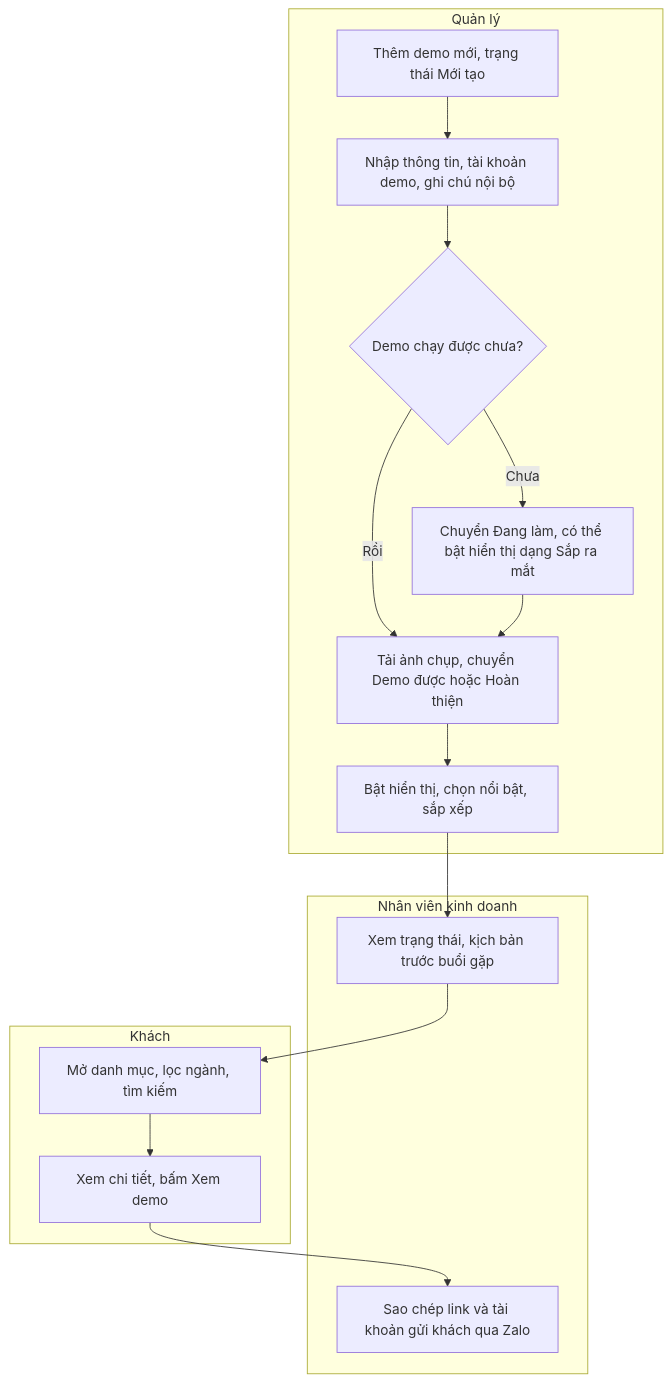
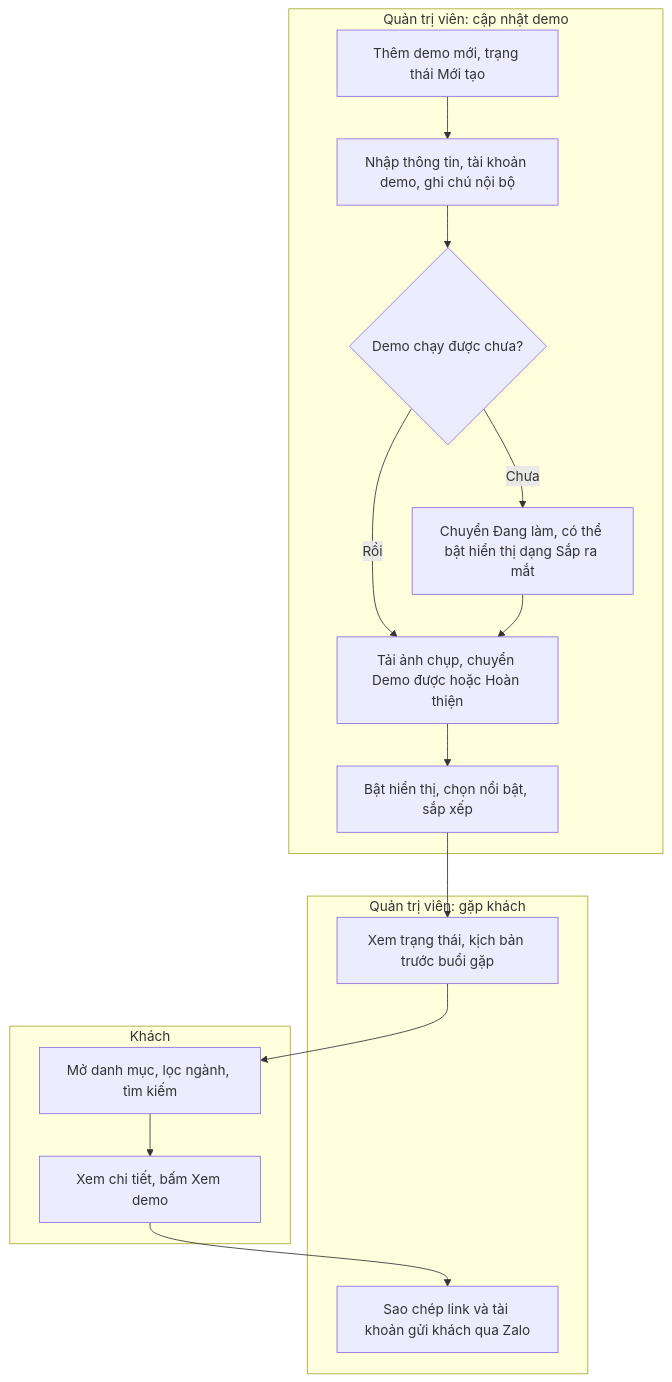
Before and after one commit to HungNDM-Web-Demo/01-web-danh-muc-demo: the first of 3 diagrams in docs/02-SRS.md, drawn with Mermaid. The commit also changed other lines of this file and 21 other files, not shown here.

First line of the commit message:
Chỉ còn hai vai trò: Quản trị viên và khách không đăng nhập

````diff
--- a/docs/02-SRS.md
+++ b/docs/02-SRS.md
@@ -77,21 +76,21 @@
 ```mermaid
 flowchart TD
-    subgraph G1["Quản lý"]
+    subgraph G1["Quản trị viên: cập nhật demo"]
         A["Thêm demo mới, trạng thái Mới tạo"] --> B["Nhập thông tin, tài khoản demo, ghi chú nội bộ"]
         B --> C{"Demo chạy được chưa?"}
         C -->|Chưa| D["Chuyển Đang làm, có thể bật hiển thị dạng Sắp ra mắt"]
         C -->|Rồi| E["Tải ảnh chụp, chuyển Demo được hoặc Hoàn thiện"]
         D --> E
         E --> F["Bật hiển thị, chọn nổi bật, sắp xếp"]
     end
-    subgraph G2["Nhân viên kinh doanh"]
+    subgraph G2["Quản trị viên: gặp khách"]
         G["Xem trạng thái, kịch bản trước buổi gặp"]
         J["Sao chép link và tài khoản gửi khách qua Zalo"]
     end
     subgraph G3["Khách"]
         H["Mở danh mục, lọc ngành, tìm kiếm"] --> I["Xem chi tiết, bấm Xem demo"]
     end
     F --> G
     G --> H
     I --> J
 ```
````
